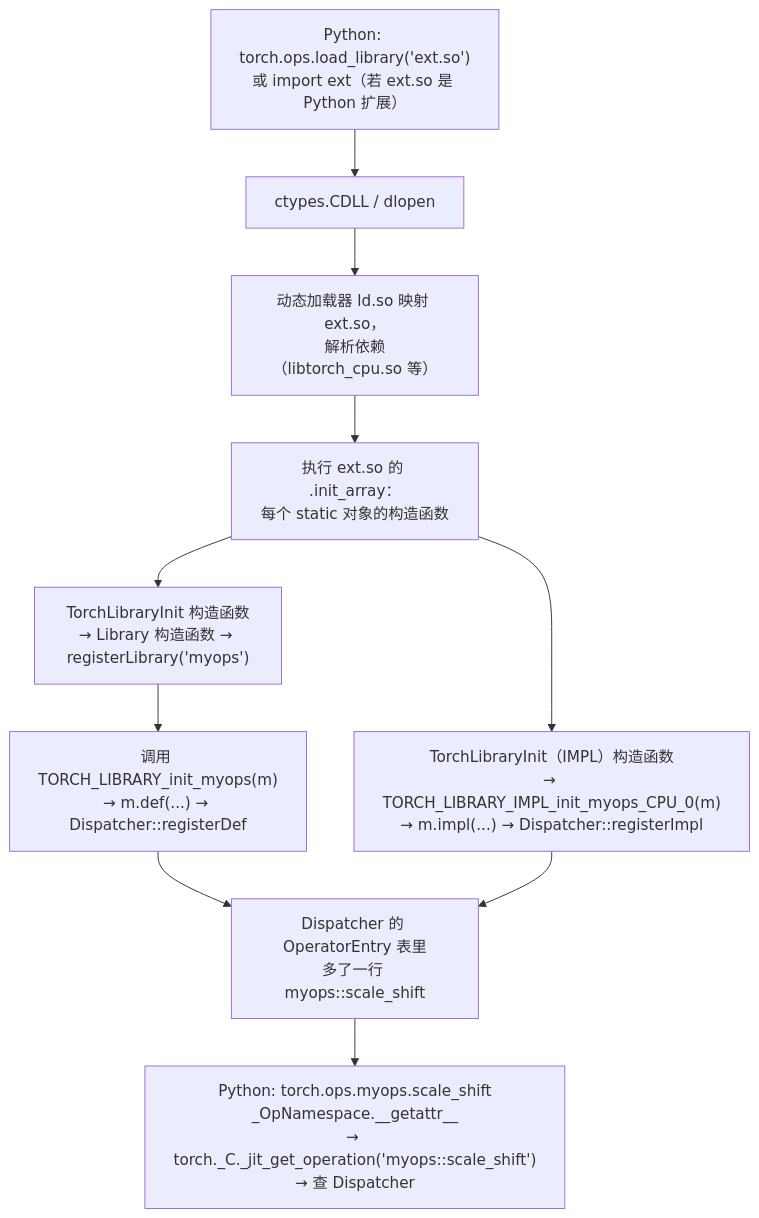
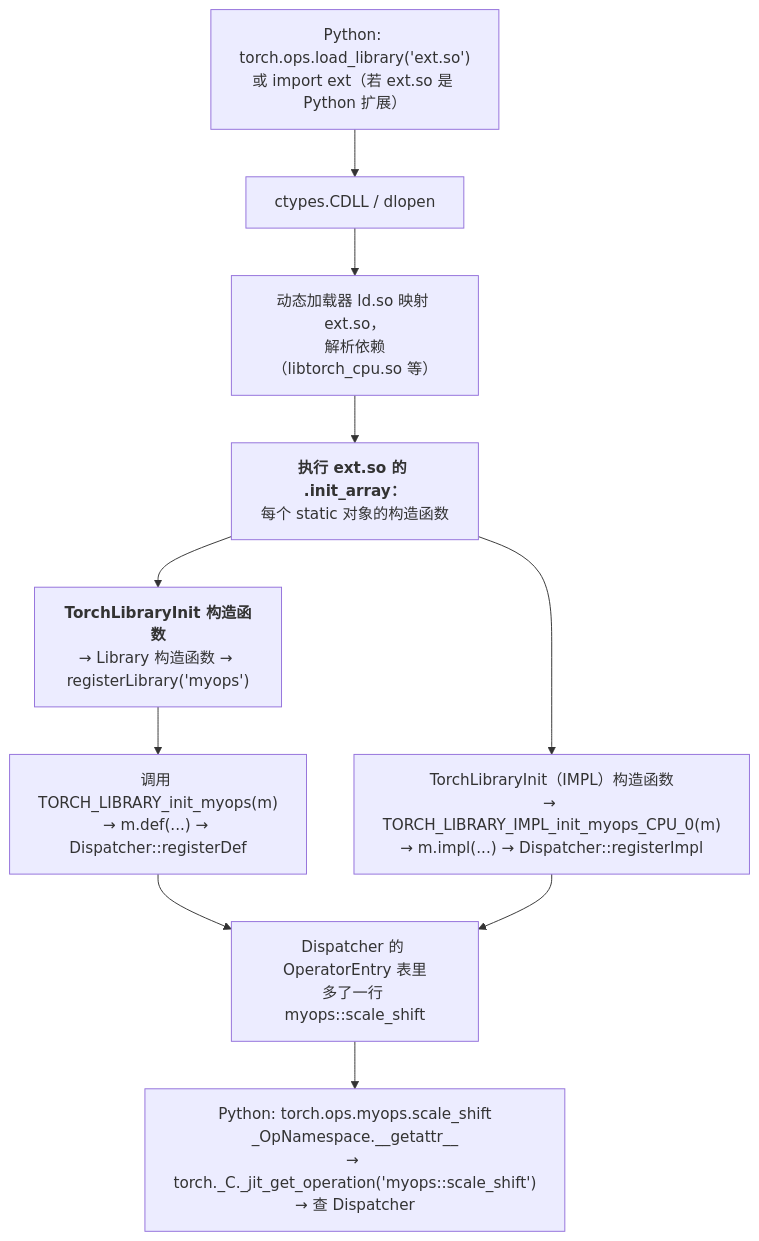
One commit to arganzheng/arganzheng.github.com changed the first of 2 diagrams in _posts/2026-02-10-cpp-macros-static-registration-and-codegen.md. Above: the diagram before and after it, drawn with Mermaid. The commit also changed other lines of this file and 7 other files, not shown here.

First line of the commit message:
C++ 在 AI-Infra：从对象模型到算子扩展：Mermaid 多行方框的首行标为标题（8 篇）

````diff
--- a/_posts/2026-02-10-cpp-macros-static-registration-and-codegen.md
+++ b/_posts/2026-02-10-cpp-macros-static-registration-and-codegen.md
@@ -954,13 +954,13 @@
 ```mermaid
 %% 图：从 load_library 到算子可调用：dlopen 触发静态构造，TORCH_LIBRARY 宏在构造函数里向 Dispatcher 注册
 flowchart TD
     A["Python: torch.ops.load_library('ext.so')<br/>或 import ext（若 ext.so 是 Python 扩展）"] --> B["ctypes.CDLL / dlopen"]
     B --> C["动态加载器 ld.so 映射 ext.so，<br/>解析依赖（libtorch_cpu.so 等）"]
-    C --> D["执行 ext.so 的 .init_array：<br/>每个 static 对象的构造函数"]
-    D --> E["TorchLibraryInit 构造函数<br/>→ Library 构造函数 → registerLibrary('myops')"]
+    C --> D["<b>执行 ext.so 的 .init_array：</b><br/>每个 static 对象的构造函数"]
+    D --> E["<b>TorchLibraryInit 构造函数</b><br/>→ Library 构造函数 → registerLibrary('myops')"]
     E --> F["调用 TORCH_LIBRARY_init_myops(m)<br/>→ m.def(...) → Dispatcher::registerDef"]
     D --> G["TorchLibraryInit（IMPL）构造函数<br/>→ TORCH_LIBRARY_IMPL_init_myops_CPU_0(m)<br/>→ m.impl(...) → Dispatcher::registerImpl"]
     F --> H["Dispatcher 的 OperatorEntry 表里<br/>多了一行 myops::scale_shift"]
     G --> H
     H --> I["Python: torch.ops.myops.scale_shift<br/>_OpNamespace.__getattr__<br/>→ torch._C._jit_get_operation('myops::scale_shift')<br/>→ 查 Dispatcher"]
 ```
````
